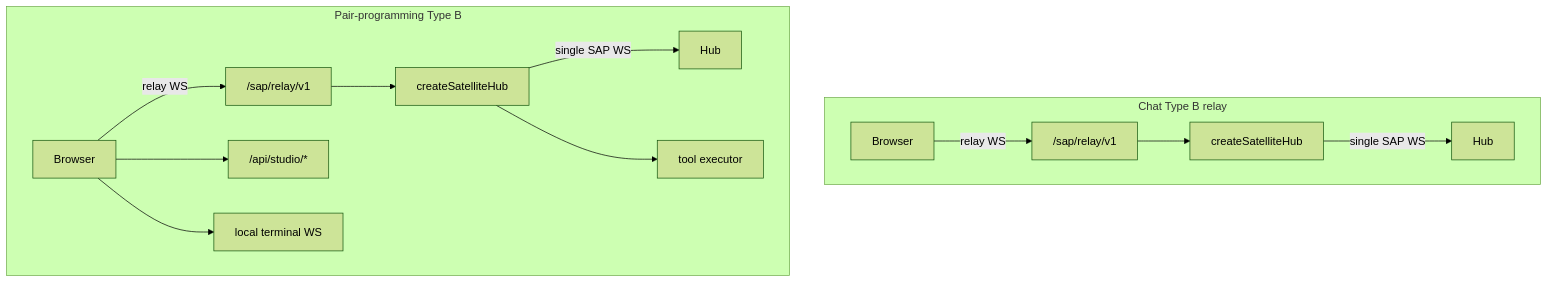
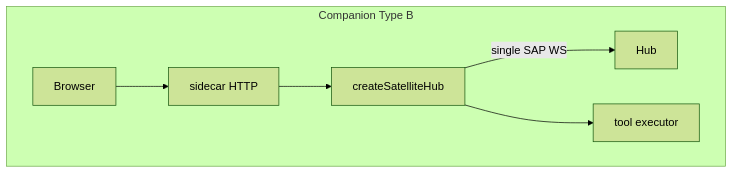
Before and after one commit to freeanima-org/freeanima: the second of 2 diagrams in docs/sap/satellite-guide.md, drawn with Mermaid (forest theme). The commit also changed other lines of this file and 2205 other files, not shown here.

````diff
--- a/docs/sap/satellite-guide.md
+++ b/docs/sap/satellite-guide.md
@@ -106,17 +83,9 @@
 ```mermaid
 flowchart TB
-  subgraph chat [Chat Type B relay]
-    B1[Browser] -->|relay WS| Relay1["/sap/relay/v1"]
-    Relay1 --> ProcSAP1[createSatelliteHub]
-    ProcSAP1 -->|single SAP WS| Hub1[Hub]
-  end
-
-  subgraph ppy [Pair-programming Type B]
-    B2[Browser] -->|relay WS| Relay2["/sap/relay/v1"]
-    Relay2 --> ProcSAP2[createSatelliteHub]
-    ProcSAP2 -->|single SAP WS| Hub2[Hub]
-    B2 --> LocalFS["/api/studio/*"]
-    B2 --> LocalPTY[local terminal WS]
-    ProcSAP2 --> ToolExec[tool executor]
+  subgraph companion [Companion Type B]
+    B[Browser] --> SidecarHTTP[sidecar HTTP]
+    SidecarHTTP --> ProcSAP[createSatelliteHub]
+    ProcSAP -->|single SAP WS| Hub[Hub]
+    ProcSAP --> ToolExec[tool executor]
   end
 ```
````
